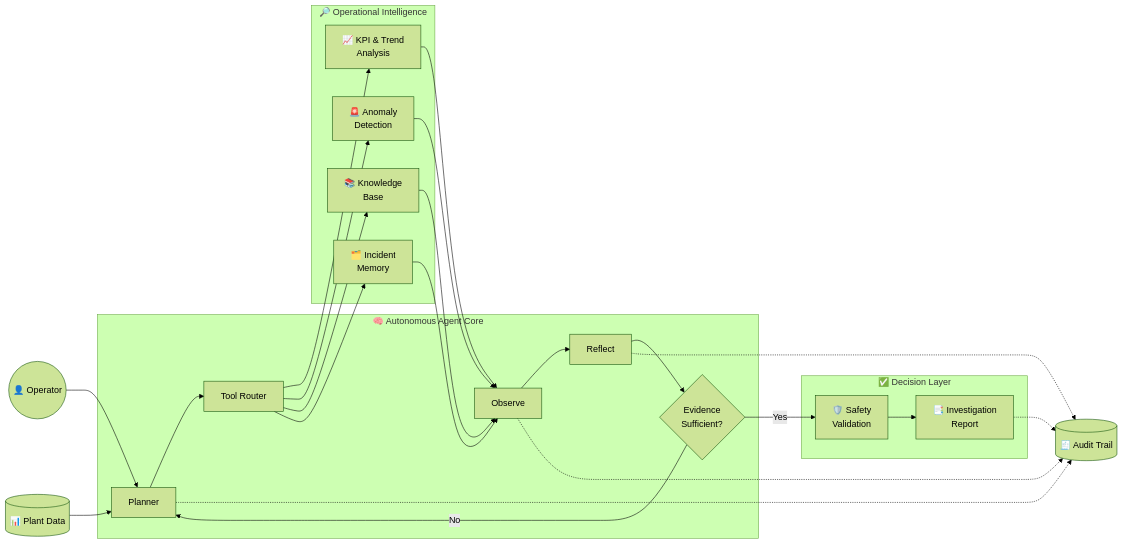
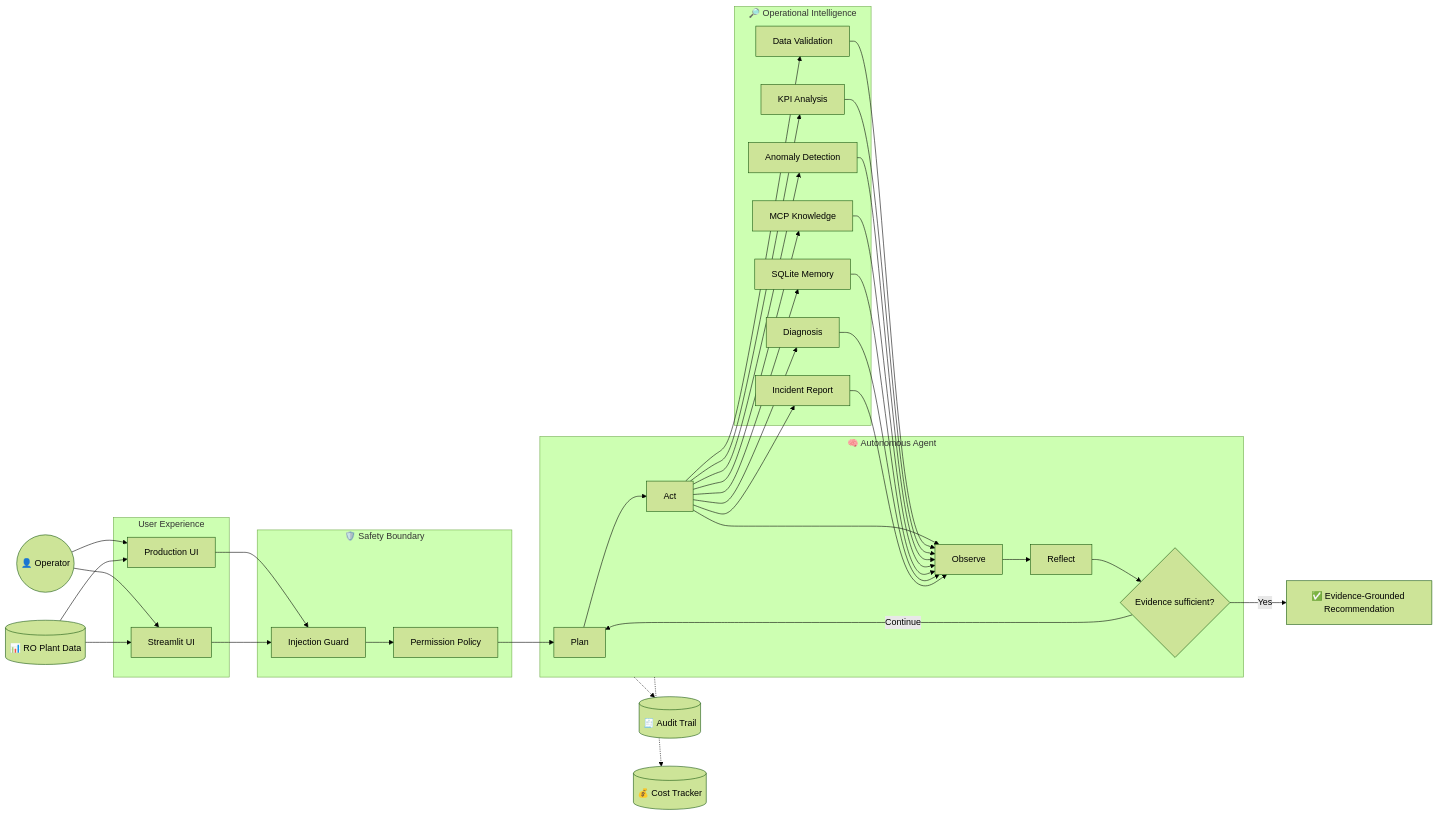
Before and after one commit to xmohamedtariq/AquaMindAI-Agent: the diagram in README.md, drawn with Mermaid (forest theme). The commit also changed other lines of this file, not shown here.

````diff
--- a/README.md
+++ b/README.md
@@ -39,54 +72,75 @@
 ```mermaid
 flowchart LR
 
     U((👤 Operator))
-    DATA[(📊 Plant Data)]
+    DATA[(📊 RO Plant Data)]
 
-    subgraph CORE["🧠 Autonomous Agent Core"]
-        P["Planner"]
-        T["Tool Router"]
-        O["Observe"]
-        R["Reflect"]
-        D{"Evidence<br/>Sufficient?"}
-
-        P --> T
-        O --> R
-        R --> D
-        D -- "No" --> P
+    subgraph EXPERIENCE["User Experience"]
+        WEB["Production UI"]
+        ST["Streamlit UI"]
     end
 
-    subgraph INTEL["🔎 Operational Intelligence"]
-        KPI["📈 KPI & Trend<br/>Analysis"]
-        ANO["🚨 Anomaly<br/>Detection"]
-        KB["📚 Knowledge<br/>Base"]
-        MEM["🗂️ Incident<br/>Memory"]
+    subgraph SAFETY["🛡️ Safety Boundary"]
+        GUARD["Injection Guard"]
+        PERM["Permission Policy"]
     end
 
-    subgraph OUTPUT["✅ Decision Layer"]
-        SAFE["🛡️ Safety<br/>Validation"]
-        REPORT["📑 Investigation<br/>Report"]
+    subgraph AGENT["🧠 Autonomous Agent"]
+        PLAN["Plan"]
+        ACT["Act"]
+        OBS["Observe"]
+        REF["Reflect"]
+        DEC{"Evidence sufficient?"}
+
+        PLAN --> ACT
+        ACT --> OBS
+        OBS --> REF
+        REF --> DEC
+        DEC -- "Continue" --> PLAN
     end
 
-    U --> P
-    DATA --> P
+    subgraph INTELLIGENCE["🔎 Operational Intelligence"]
+        VAL["Data Validation"]
+        KPI["KPI Analysis"]
+        ANO["Anomaly Detection"]
+        MCP["MCP Knowledge"]
+        MEM["SQLite Memory"]
+        DIA["Diagnosis"]
+        REP["Incident Report"]
+    end
 
-    T --> KPI
-    T --> ANO
-    T --> KB
-    T --> MEM
+    U --> WEB
+    U --> ST
+    DATA --> WEB
+    DATA --> ST
 
-    KPI --> O
-    ANO --> O
-    KB --> O
-    MEM --> O
+    WEB --> GUARD
+    ST --> GUARD
 
-    D -- "Yes" --> SAFE
-    SAFE --> REPORT
+    GUARD --> PERM
+    PERM --> PLAN
+
+    ACT --> VAL
+    ACT --> KPI
+    ACT --> ANO
+    ACT --> MCP
+    ACT --> MEM
+    ACT --> DIA
+    ACT --> REP
+
+    VAL --> OBS
+    KPI --> OBS
+    ANO --> OBS
+    MCP --> OBS
+    MEM --> OBS
+    DIA --> OBS
+    REP --> OBS
+
+    DEC -- "Yes" --> RESULT["✅ Evidence-Grounded Recommendation"]
 
     AUDIT[("🧾 Audit Trail")]
+    COST[("💰 Cost Tracker")]
 
-    P -.-> AUDIT
-    O -.-> AUDIT
-    R -.-> AUDIT
-    REPORT -.-> AUDIT
+    AGENT -.-> AUDIT
+    AGENT -.-> COST
 ```
````
